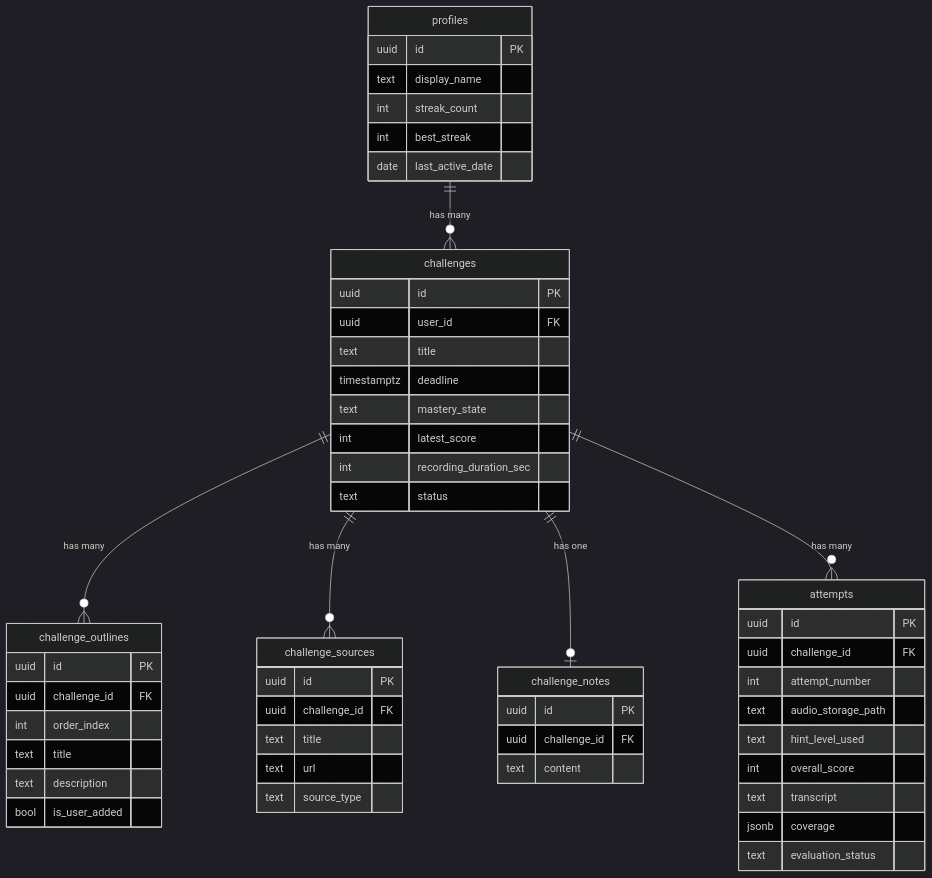
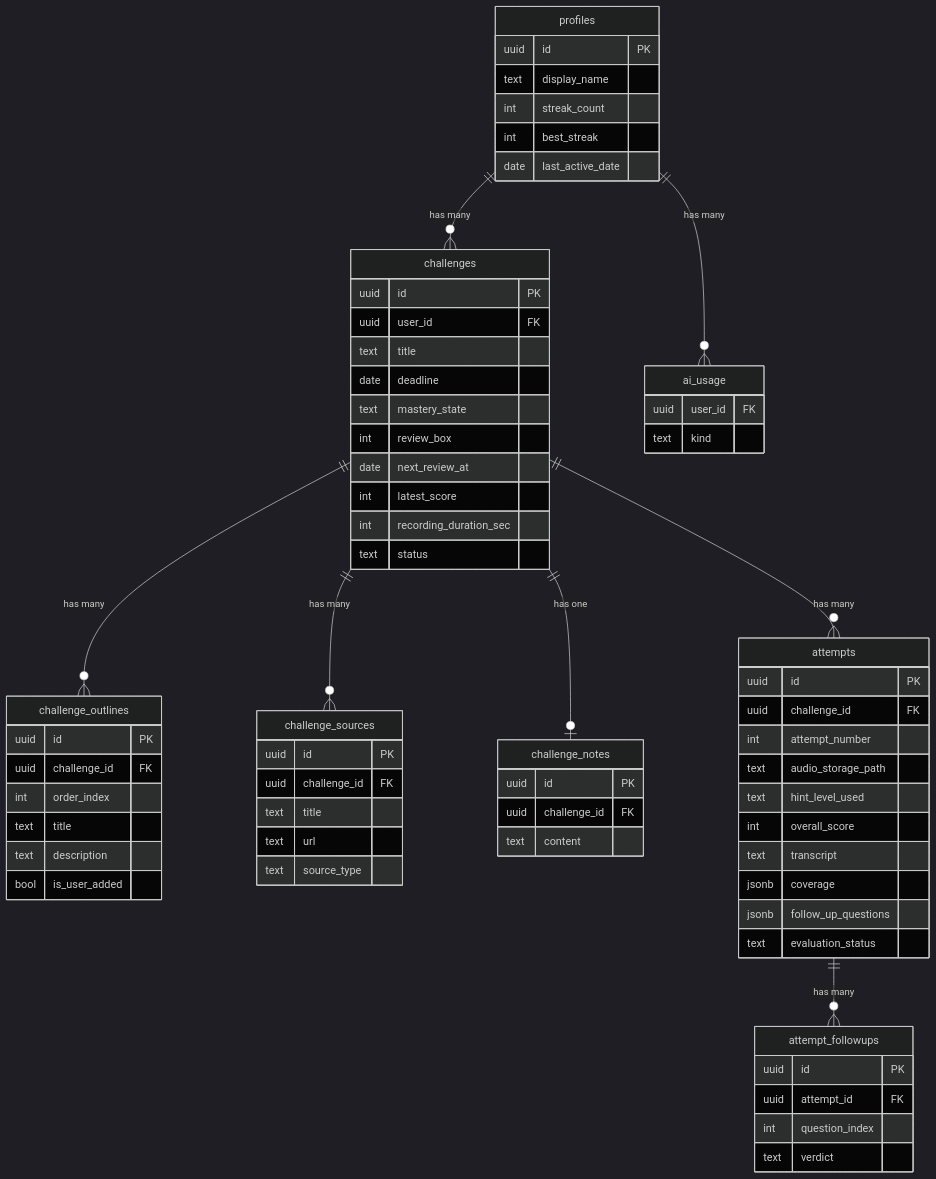
The diagram in docs/feynman_challenge_master.md (muhimranhidayathamzh/feynman-challenge), drawn with Mermaid (dark theme) before and after one commit. The commit also changed other lines of this file and 2 other files, not shown here.

````diff
--- a/docs/feynman_challenge_master.md
+++ b/docs/feynman_challenge_master.md
@@ -803,62 +865,79 @@
 ```mermaid
 erDiagram
     profiles ||--o{ challenges : "has many"
     challenges ||--o{ challenge_outlines : "has many"
     challenges ||--o{ challenge_sources : "has many"
     challenges ||--o| challenge_notes : "has one"
     challenges ||--o{ attempts : "has many"
+    attempts ||--o{ attempt_followups : "has many"
+    profiles ||--o{ ai_usage : "has many"
 
     profiles {
         uuid id PK
         text display_name
         int streak_count
         int best_streak
         date last_active_date
     }
 
     challenges {
         uuid id PK
         uuid user_id FK
         text title
-        timestamptz deadline
+        date deadline
         text mastery_state
+        int review_box
+        date next_review_at
         int latest_score
         int recording_duration_sec
         text status
     }
 
     challenge_outlines {
         uuid id PK
         uuid challenge_id FK
         int order_index
         text title
         text description
         bool is_user_added
     }
 
     challenge_sources {
         uuid id PK
         uuid challenge_id FK
         text title
         text url
         text source_type
     }
 
     challenge_notes {
         uuid id PK
         uuid challenge_id FK
         text content
     }
 
     attempts {
         uuid id PK
         uuid challenge_id FK
         int attempt_number
         text audio_storage_path
         text hint_level_used
         int overall_score
         text transcript
         jsonb coverage
+        jsonb follow_up_questions
         text evaluation_status
     }
+
+    attempt_followups {
+        uuid id PK
+        uuid attempt_id FK
+        int question_index
+        text verdict
+    }
+
+    ai_usage {
+        uuid user_id FK
+        text kind
+    }
 ```
````
